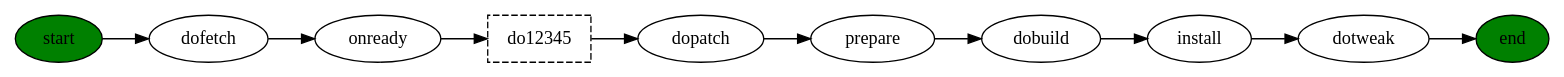
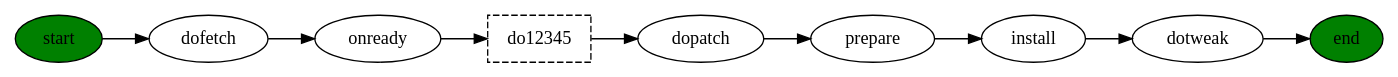
Before and after one commit to leleliu008/ndk-pkg: the diagram in phases.dot, drawn with Graphviz. The commit also changed 3 other files, not shown here.

```diff
--- a/phases.dot
+++ b/phases.dot
@@ -1,7 +1,7 @@
 digraph {
     rankdir="LR"
-    start -> dofetch -> onready -> do12345 -> dopatch -> prepare -> dobuild -> install -> dotweak -> end
+    start -> dofetch -> onready -> do12345 -> dopatch -> prepare -> install -> dotweak -> end
     do12345 [shape="box"; style="dashed"];
     start [fillcolor="green";style=filled]
     end [fillcolor="green";style=filled]
 }
```
